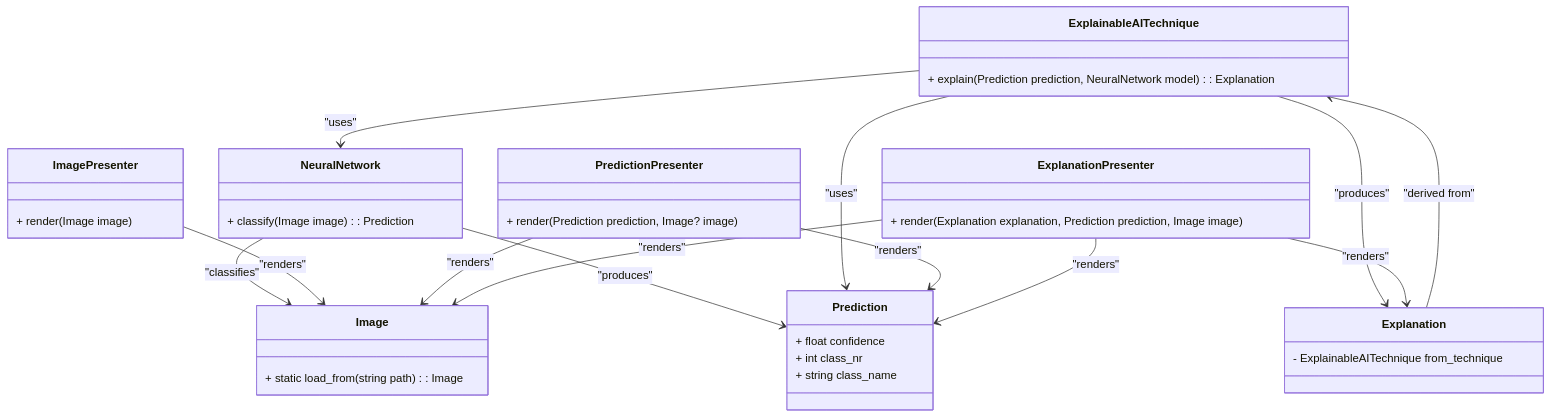
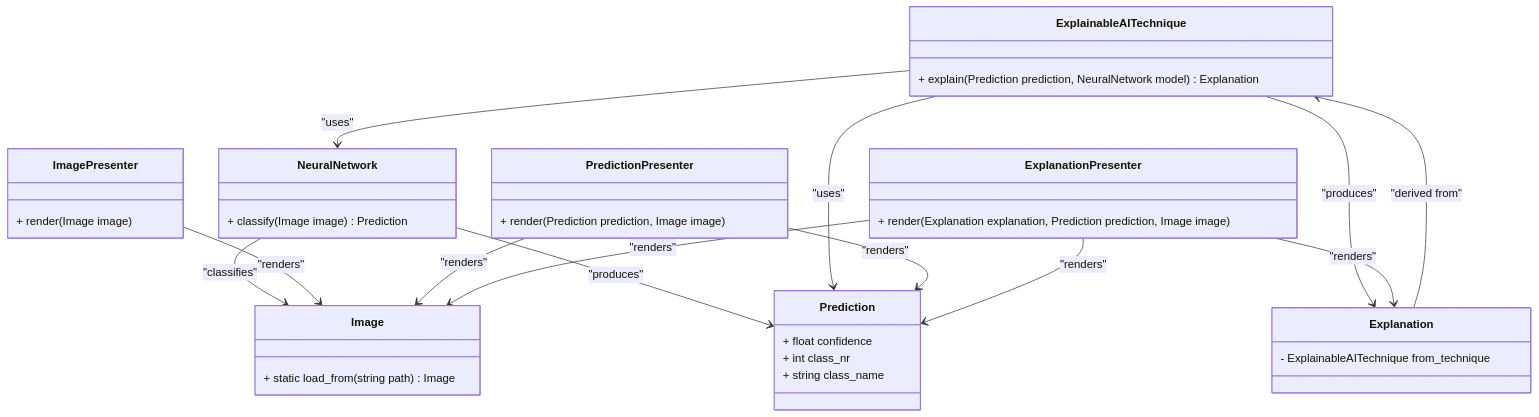
The second of 3 diagrams in documentation/01_static_and_dynamic_models.md (GermainGirndt/visual-explanaible-ai), drawn with Mermaid before and after one commit. The commit also changed other lines of this file, not shown here.

Commit message:
Improve class diagram documentation by adding presenter and model descriptions, and correcting method signatures for clarity

````diff
--- a/documentation/01_static_and_dynamic_models.md
+++ b/documentation/01_static_and_dynamic_models.md
@@ -111,67 +127,67 @@
 ```mermaid
 classDiagram
 %% --------------------
 %% Model Layer
 %% --------------------
 class Image {
-    + static load_from(string path): Image
+    + static load_from(string path) Image
 }
 
 class NeuralNetwork {
-    + classify(Image image): Prediction
+    + classify(Image image) Prediction
 }
 
 class Prediction {
     + float confidence
     + int class_nr
     + string class_name
 }
 
 class ExplainableAITechnique {
-    + explain(Prediction prediction, NeuralNetwork model): Explanation
+    + explain(Prediction prediction, NeuralNetwork model) Explanation
 }
 
 class Explanation {
     - ExplainableAITechnique from_technique
 }
 
 %% --------------------
 %% View Layer (Separate Web Pages)
 %% --------------------
 class ImagePresenter {
     + render(Image image)
 }
 
 class PredictionPresenter {
-    + render(Prediction prediction, Image? image)
+    + render(Prediction prediction, Image image)
 }
 
 class ExplanationPresenter {
     + render(Explanation explanation, Prediction prediction, Image image)
 }
 
 %% --------------------
 %% Relationships (Models)
 %% --------------------
 NeuralNetwork --> Image : "classifies"
 NeuralNetwork --> Prediction : "produces"
 
 ExplainableAITechnique --> NeuralNetwork : "uses"
 ExplainableAITechnique --> Prediction : "uses"
 ExplainableAITechnique --> Explanation : "produces"
 
 Explanation --> ExplainableAITechnique : "derived from"
 
 %% --------------------
 %% Relationships (Views)
 %% --------------------
 ImagePresenter --> Image : "renders"
 
 PredictionPresenter --> Prediction : "renders"
 PredictionPresenter --> Image : "renders"
 
 ExplanationPresenter --> Explanation : "renders"
 ExplanationPresenter --> Prediction : "renders"
 ExplanationPresenter --> Image : "renders"
 
 ```
````
